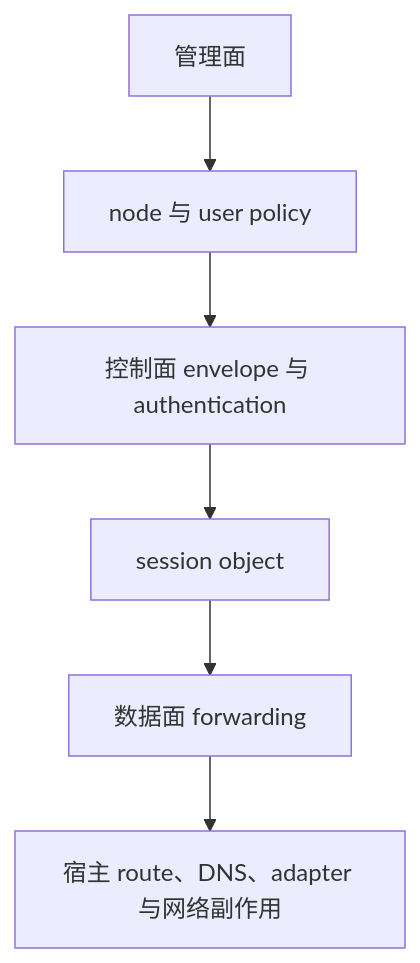
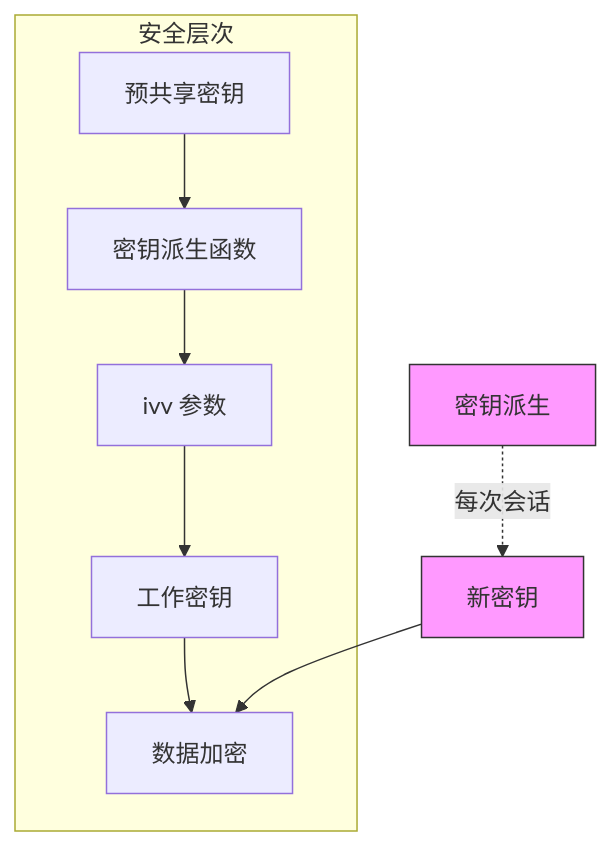
The tenth of 10 diagrams in docs/ARCHITECTURE_CN.md (HyacinthHaru/openppp2), drawn with Mermaid before and after one commit. The commit also changed other lines of this file and 31 other files, not shown here.

````diff
--- a/docs/ARCHITECTURE_CN.md
+++ b/docs/ARCHITECTURE_CN.md
@@ -361,8 +490,15 @@
 ```mermaid
 flowchart TD
-    A[管理面] --> B[node 与 user policy]
-    B --> C[控制面 envelope 与 authentication]
-    C --> D[session object]
-    D --> E[数据面 forwarding]
-    E --> F[宿主 route、DNS、adapter 与网络副作用]
+    subgraph 安全层次
+        A[预共享密钥] --> B[密钥派生函数]
+        B --> C[ivv 参数]
+        C --> D[工作密钥]
+        D --> E[数据加密]
+    end
+    
+    F[密钥派生] -.->|每次会话| G[新密钥]
+    G --> E
+    
+    style F fill:#f9f,stroke:#333
+    style G fill:#f9f,stroke:#333
 ```
````
